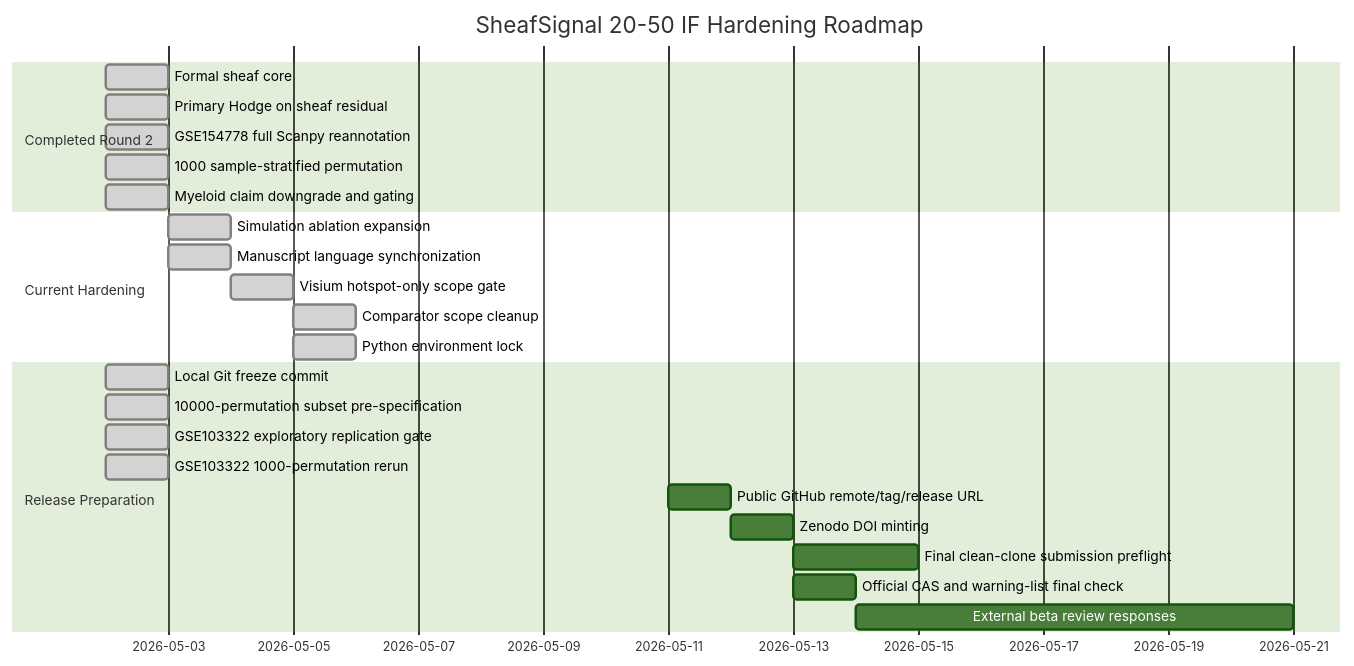
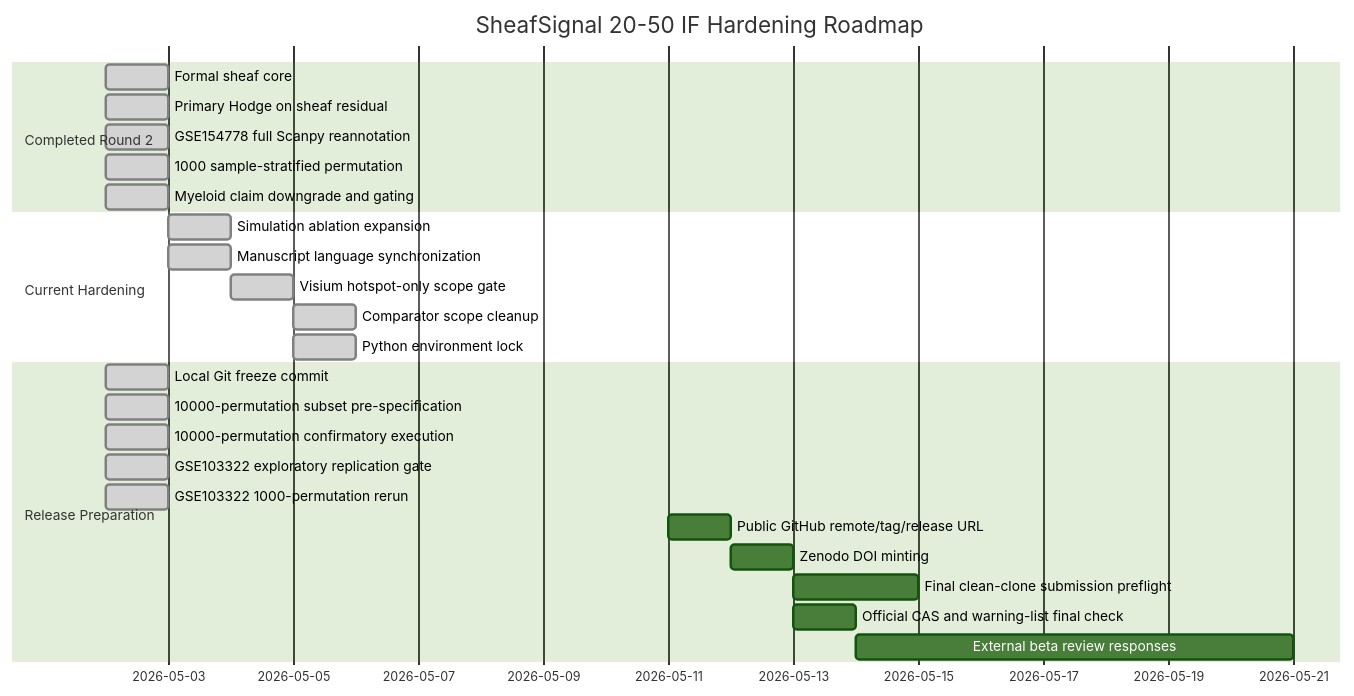
One commit to healthgreat/SheafSignal changed the diagram in manuscript/SHEAFSIGNAL_STATUS_DASHBOARD_2026-05-02.md. Above: the diagram before and after it, drawn with Mermaid (forest theme). The commit also changed other lines of this file and 31 other files, not shown here.

````diff
--- a/manuscript/SHEAFSIGNAL_STATUS_DASHBOARD_2026-05-02.md
+++ b/manuscript/SHEAFSIGNAL_STATUS_DASHBOARD_2026-05-02.md
@@ -47,30 +47,31 @@
 ```mermaid
 gantt
     title SheafSignal 20-50 IF Hardening Roadmap
     dateFormat  YYYY-MM-DD
 
     section Completed Round 2
     Formal sheaf core                           :done, 2026-05-02, 1d
     Primary Hodge on sheaf residual             :done, 2026-05-02, 1d
     GSE154778 full Scanpy reannotation          :done, 2026-05-02, 1d
     1000 sample-stratified permutation          :done, 2026-05-02, 1d
     Myeloid claim downgrade and gating          :done, 2026-05-02, 1d
 
     section Current Hardening
     Simulation ablation expansion               :done, 2026-05-03, 1d
     Manuscript language synchronization         :done, 2026-05-03, 1d
     Visium hotspot-only scope gate               :done, 2026-05-04, 1d
     Comparator scope cleanup                     :done, 2026-05-05, 1d
     Python environment lock                      :done, 2026-05-05, 1d
 
     section Release Preparation
     Local Git freeze commit                      :done, 2026-05-02, 1d
     10000-permutation subset pre-specification    :done, 2026-05-02, 1d
+    10000-permutation confirmatory execution      :done, 2026-05-02, 1d
     GSE103322 exploratory replication gate        :done, 2026-05-02, 1d
     GSE103322 1000-permutation rerun             :done, 2026-05-02, 1d
     Public GitHub remote/tag/release URL         :2026-05-11, 1d
     Zenodo DOI minting                           :2026-05-12, 1d
     Final clean-clone submission preflight       :2026-05-13, 2d
     Official CAS and warning-list final check    :2026-05-13, 1d
     External beta review responses               :2026-05-14, 7d
 ```
````
